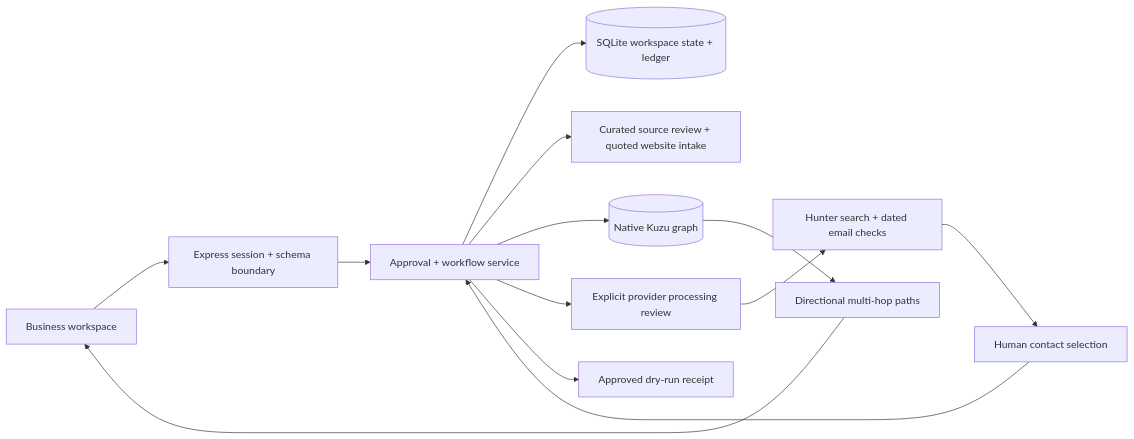
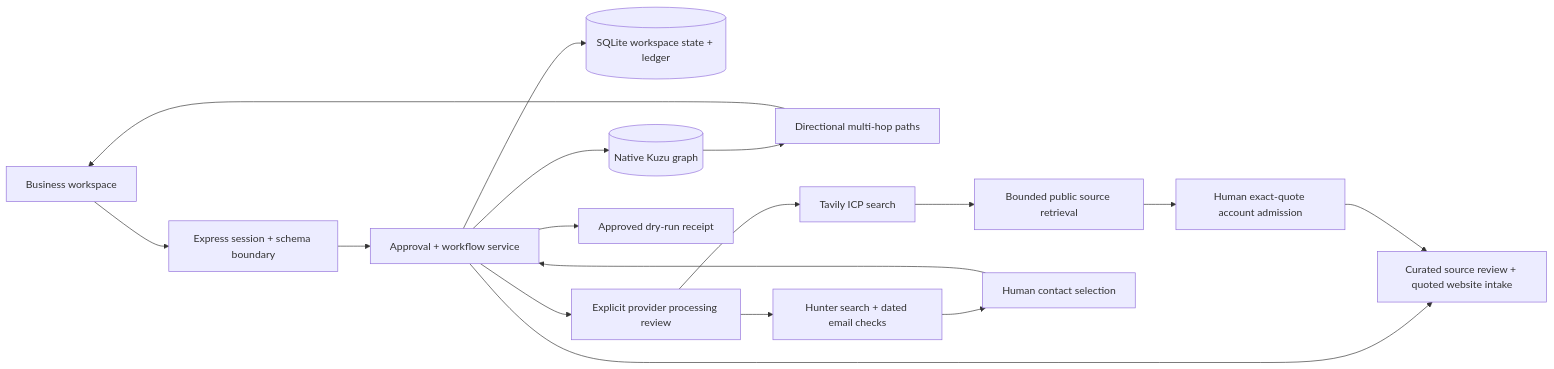
One commit to yuansshi/gtm_hackthon changed the diagram in docs/system-design.md. Above: the diagram before and after it, drawn with Mermaid. The commit also changed other lines of this file and 19 other files, not shown here.

Commit message:
Add ICP-driven prospect search with reviewed source admission

````diff
--- a/docs/system-design.md
+++ b/docs/system-design.md
@@ -5,15 +5,19 @@
 ```mermaid
 flowchart LR
   UI[Business workspace] --> API[Express session + schema boundary]
   API --> Policy[Approval + workflow service]
   Policy --> SQL[(SQLite workspace state + ledger)]
   Policy --> Research[Curated source review + quoted website intake]
   Policy --> Graph[(Native Kuzu graph)]
   Graph --> Paths[Directional multi-hop paths]
   Paths --> UI
   Policy --> Consent[Explicit provider processing review]
+  Consent --> Search[Tavily ICP search]
+  Search --> Sources[Bounded public source retrieval]
+  Sources --> Review[Human exact-quote account admission]
+  Review --> Research
   Consent --> Hunter[Hunter search + dated email checks]
   Hunter --> Contact[Human contact selection]
   Contact --> Policy
   Policy --> DryRun[Approved dry-run receipt]
 ```
````
